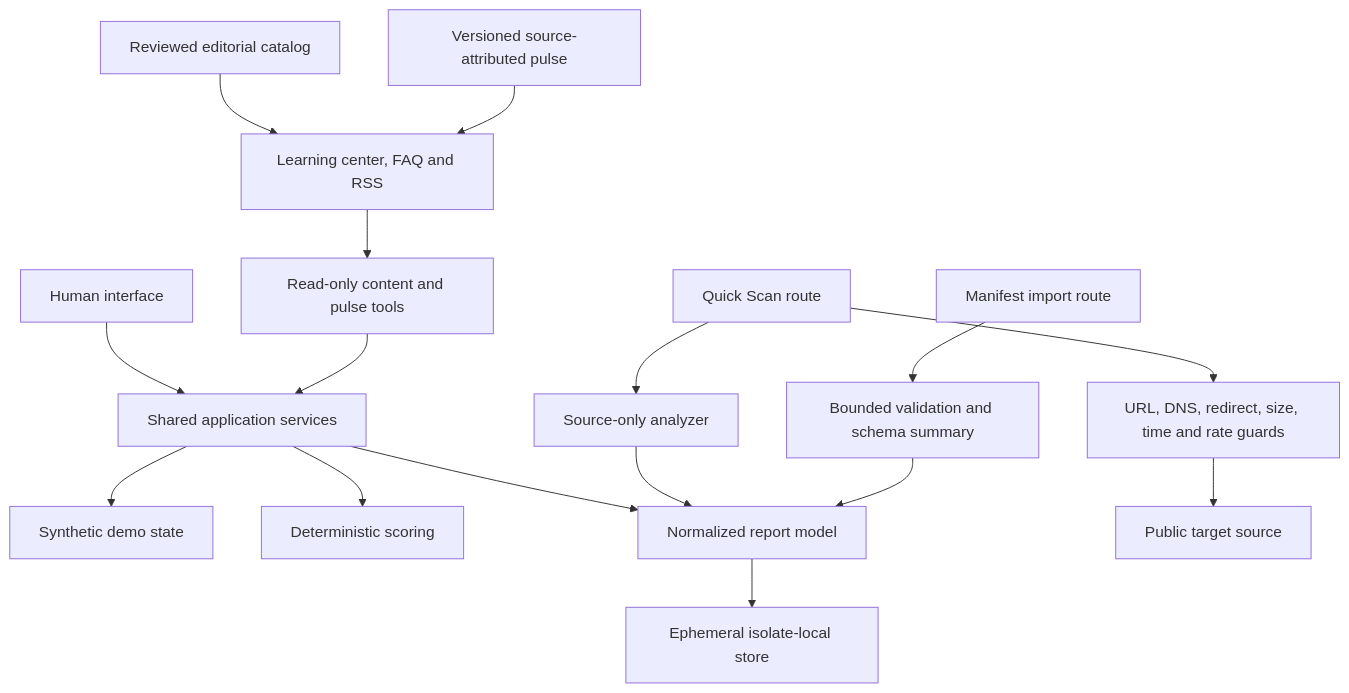
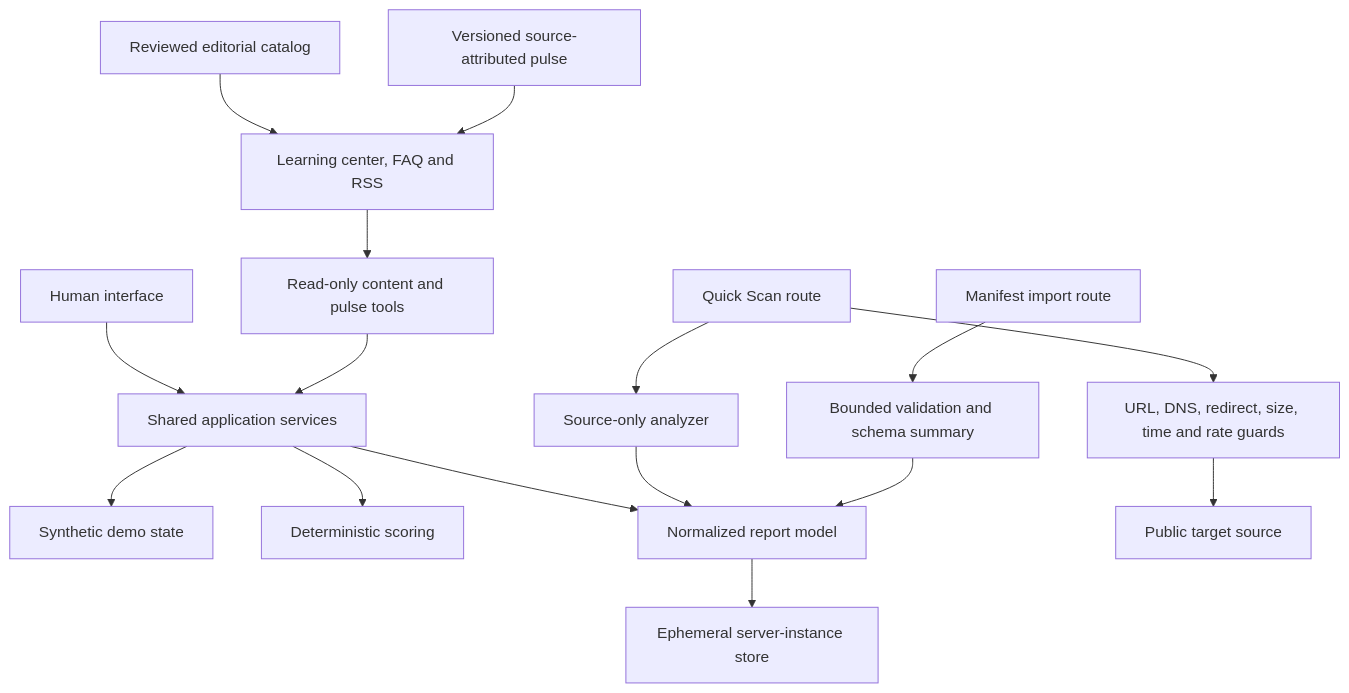
The diagram in docs/architecture.md (mlmrx/iswebmcp), drawn with Mermaid before and after one commit. The commit also changed other lines of this file and 29 other files, not shown here.

````diff
--- a/docs/architecture.md
+++ b/docs/architecture.md
@@ -17,18 +17,18 @@
 ```mermaid
 flowchart TD
   Person[Human interface] --> Services[Shared application services]
   Agent[Top-level WebMCP tools] --> Services
   Services --> Demo[Synthetic demo state]
   Services --> Scoring[Deterministic scoring]
   Services --> Reports[Normalized report model]
   Scan[Quick Scan route] --> Guard[URL, DNS, redirect, size, time and rate guards]
   Guard --> Public[Public target source]
   Scan --> Analyzer[Source-only analyzer]
   Analyzer --> Reports
   Import[Manifest import route] --> Sanitize[Bounded validation and schema summary]
   Sanitize --> Reports
-  Reports --> Memory[Ephemeral isolate-local store]
+  Reports --> Memory[Ephemeral server-instance store]
   Editorial[Reviewed editorial catalog] --> Learn[Learning center, FAQ and RSS]
   Pulse[Versioned source-attributed pulse] --> Learn
   Learn --> Agent[Read-only content and pulse tools]
 ```
````
